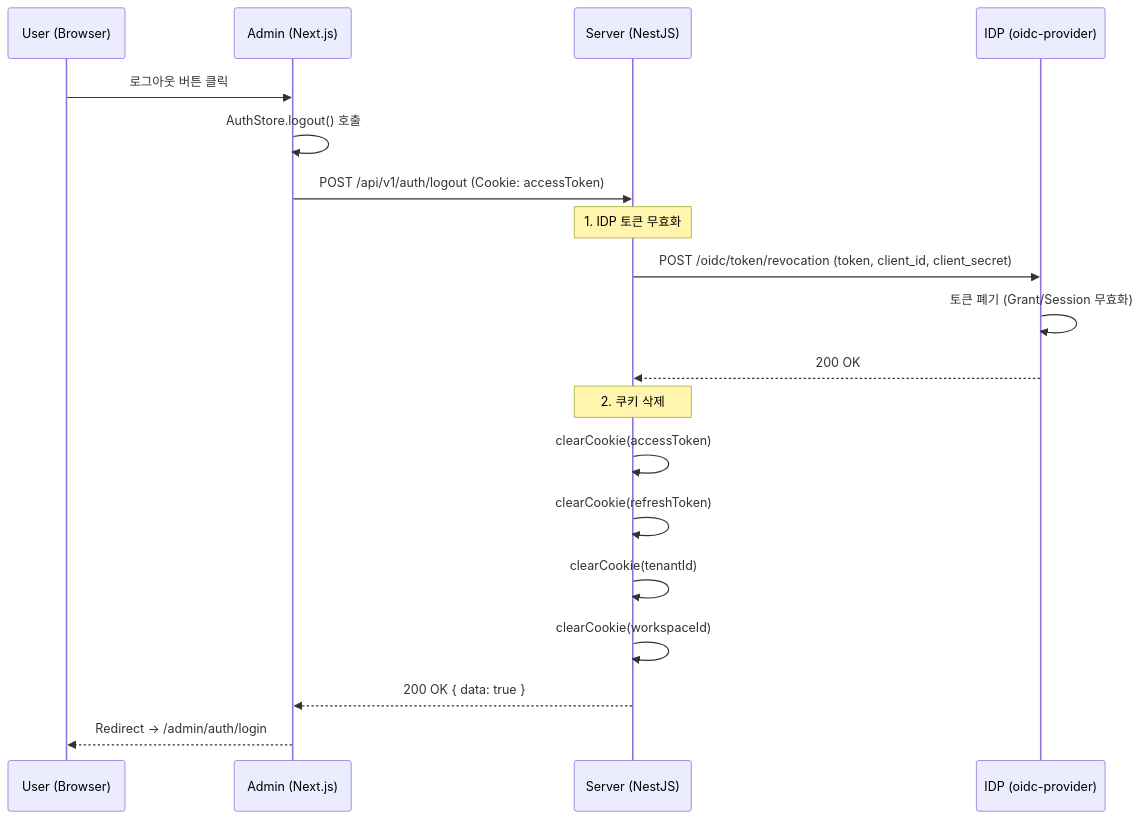
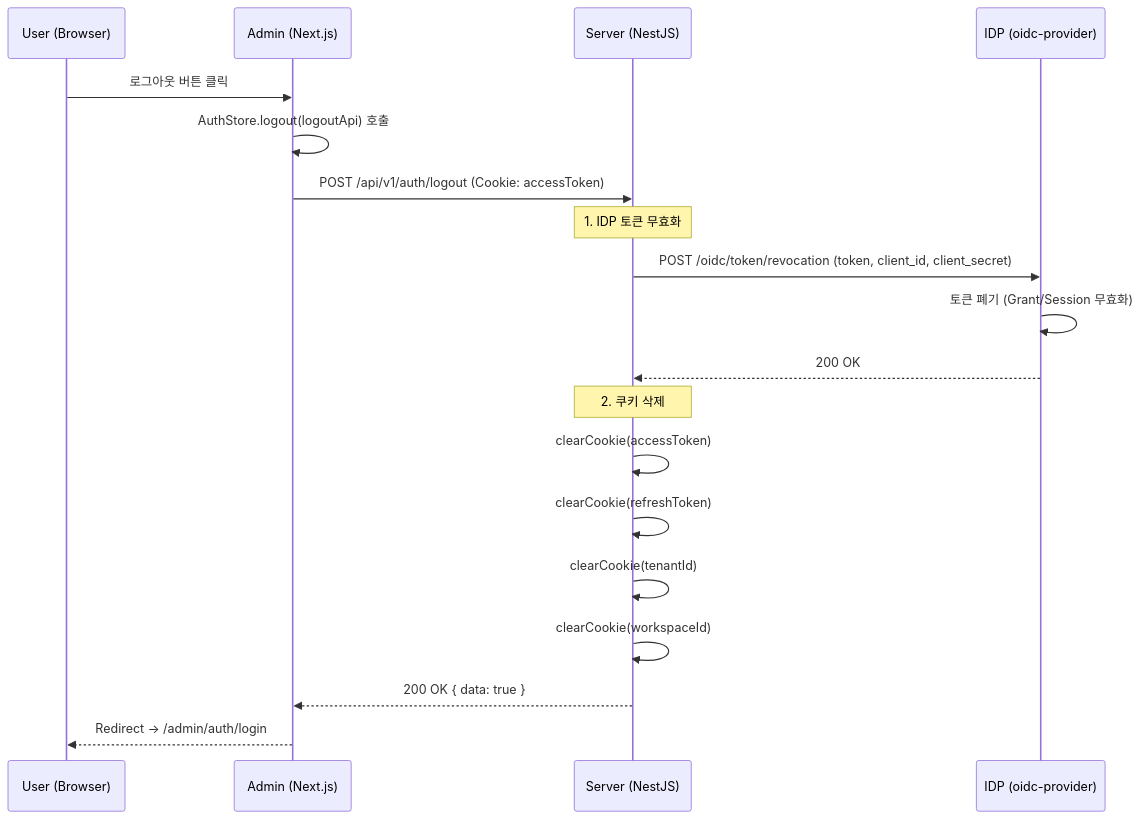
One commit to kimjoongwon/prj-core changed the fourth of 5 diagrams in apps/proposal/plans/_core/infrastructure/oidc-auth-flow.md. Above: the diagram before and after it, drawn with Mermaid. The commit also changed other lines of this file and 94 other files, not shown here.

````diff
--- a/apps/proposal/plans/_core/infrastructure/oidc-auth-flow.md
+++ b/apps/proposal/plans/_core/infrastructure/oidc-auth-flow.md
@@ -210,27 +215,27 @@
 ```mermaid
 sequenceDiagram
     participant U as User (Browser)
     participant A as Admin (Next.js)
     participant S as Server (NestJS)
     participant I as IDP (oidc-provider)
 
     U->>A: 로그아웃 버튼 클릭
-    A->>A: AuthStore.logout() 호출
+    A->>A: AuthStore.logout(logoutApi) 호출
 
     A->>S: POST /api/v1/auth/logout (Cookie: accessToken)
 
     Note over S: 1. IDP 토큰 무효화
     S->>I: POST /oidc/token/revocation (token, client_id, client_secret)
     I->>I: 토큰 폐기 (Grant/Session 무효화)
     I-->>S: 200 OK
 
     Note over S: 2. 쿠키 삭제
     S->>S: clearCookie(accessToken)
     S->>S: clearCookie(refreshToken)
     S->>S: clearCookie(tenantId)
     S->>S: clearCookie(workspaceId)
 
     S-->>A: 200 OK { data: true }
 
     A-->>U: Redirect → /admin/auth/login
 ```
````
